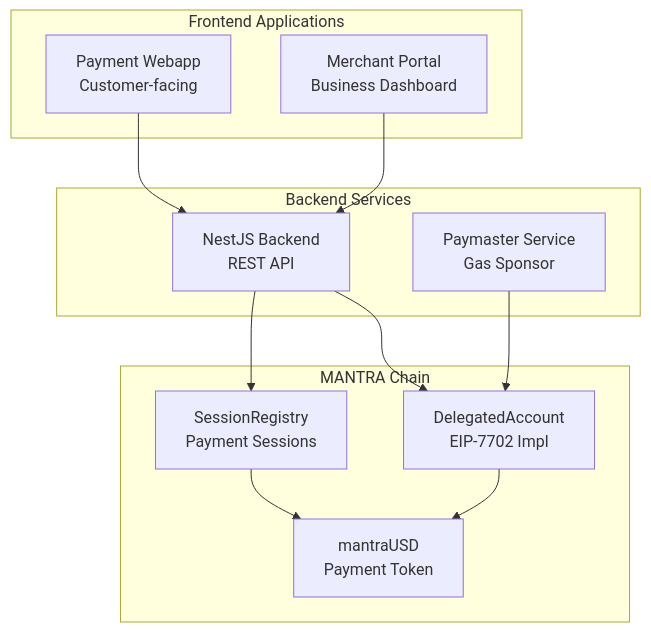
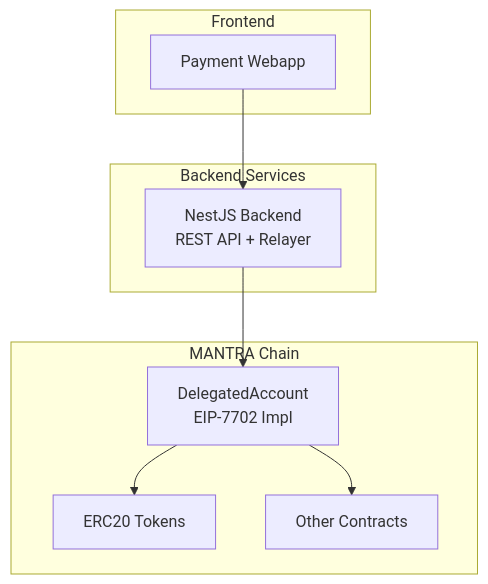
Before and after one commit to BigtoMantraDev/mantraUSD-Pay: the third of 5 diagrams in docs/mantraUSD-Pay-PRD.md, drawn with Mermaid. The commit also changed other lines of this file and 32 other files, not shown here.

````diff
--- a/docs/mantraUSD-Pay-PRD.md
+++ b/docs/mantraUSD-Pay-PRD.md
@@ -253,26 +146,21 @@
 ```mermaid
 graph TB
-    subgraph "Frontend Applications"
-        PWA[Payment Webapp<br/>Customer-facing]
-        MP[Merchant Portal<br/>Business Dashboard]
+    subgraph "Frontend"
+        Webapp[Payment Webapp]
     end
 
     subgraph "Backend Services"
-        API[NestJS Backend<br/>REST API]
-        PM[Paymaster Service<br/>Gas Sponsor]
+        API[NestJS Backend<br/>REST API + Relayer]
     end
 
     subgraph "MANTRA Chain"
         DA[DelegatedAccount<br/>EIP-7702 Impl]
-        SR[SessionRegistry<br/>Payment Sessions]
-        TK[mantraUSD<br/>Payment Token]
+        Tokens[ERC20 Tokens]
+        Contracts[Other Contracts]
     end
 
-    PWA --> API
-    MP --> API
+    Webapp --> API
     API --> DA
-    API --> SR
-    PM --> DA
-    DA --> TK
-    SR --> TK
+    DA --> Tokens
+    DA --> Contracts
 ```
````
